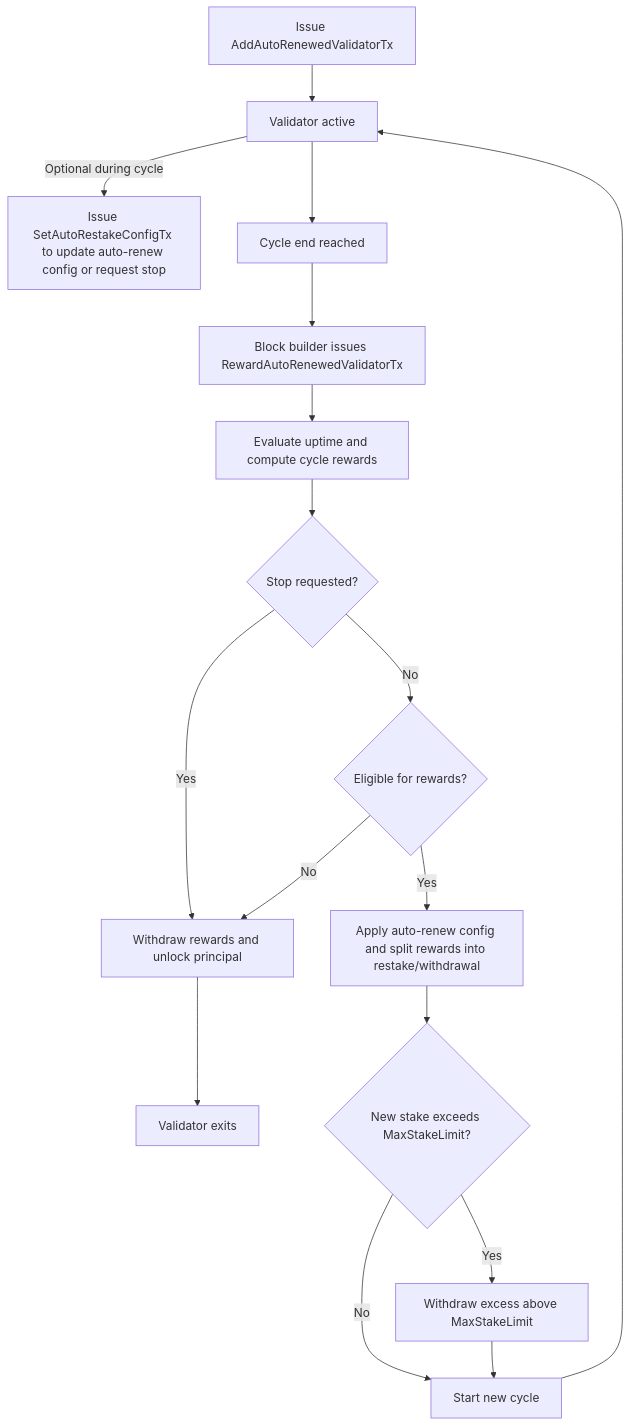
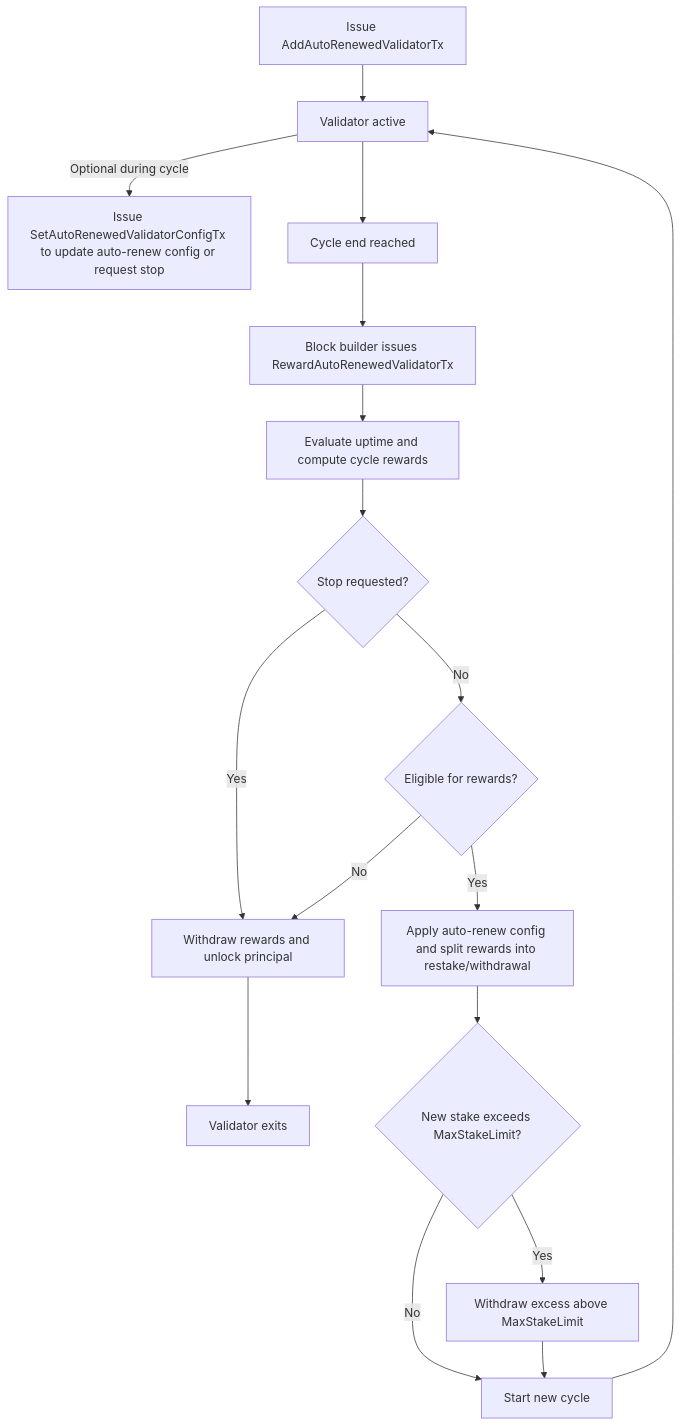
One commit to avalanche-foundation/ACPs changed the diagram in ACPs/236-auto-renewed-staking/README.md. Above: the diagram before and after it, drawn with Mermaid. The commit also changed other lines of this file, not shown here.

Commit message:
Rename config setting tx and fields

````diff
--- a/ACPs/236-auto-renewed-staking/README.md
+++ b/ACPs/236-auto-renewed-staking/README.md
@@ -167,23 +168,23 @@
 ```mermaid
 flowchart TD
   A[Issue AddAutoRenewedValidatorTx] --> B[Validator active]
 
-  B -->|Optional during cycle| C[Issue SetAutoRestakeConfigTx to update auto-renew config or request stop]
+  B -->|Optional during cycle| C[Issue SetAutoRenewedValidatorConfigTx to update auto-renew config or request stop]
 
   B --> D[Cycle end reached]
   D --> E[Block builder issues RewardAutoRenewedValidatorTx]
   E --> F[Evaluate uptime and compute cycle rewards]
   F --> G{Stop requested?}
 
   G -->|Yes| H[Withdraw rewards and unlock principal]
   H --> I[Validator exits]
 
   G -->|No| J{Eligible for rewards?}
   J -->|No| H
   J -->|Yes| K[Apply auto-renew config and split rewards into restake/withdrawal]
   K --> L{New stake exceeds MaxStakeLimit?}
   L -->|Yes| M[Withdraw excess above MaxStakeLimit]
   L -->|No| N[Start new cycle]
   M --> N[Start new cycle]
   N --> B
 ```
````
